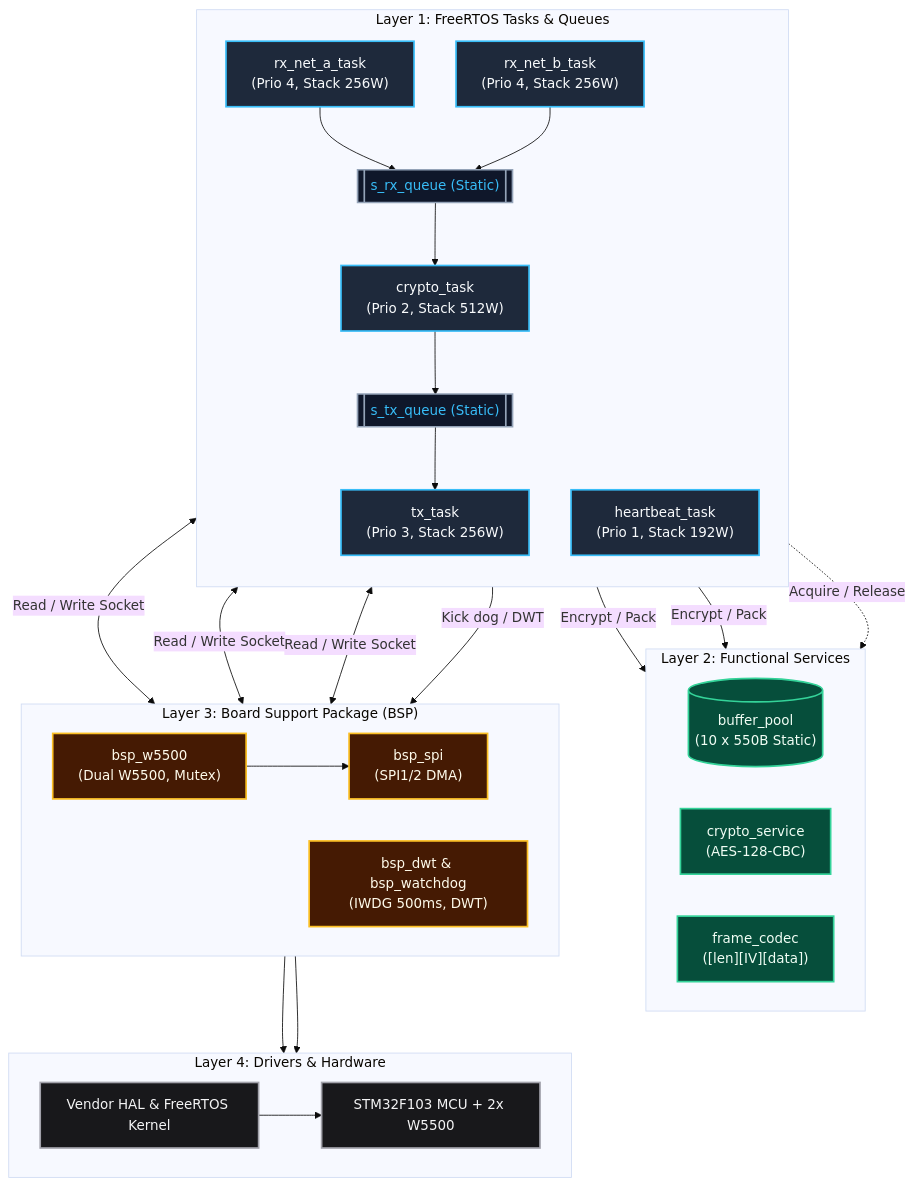
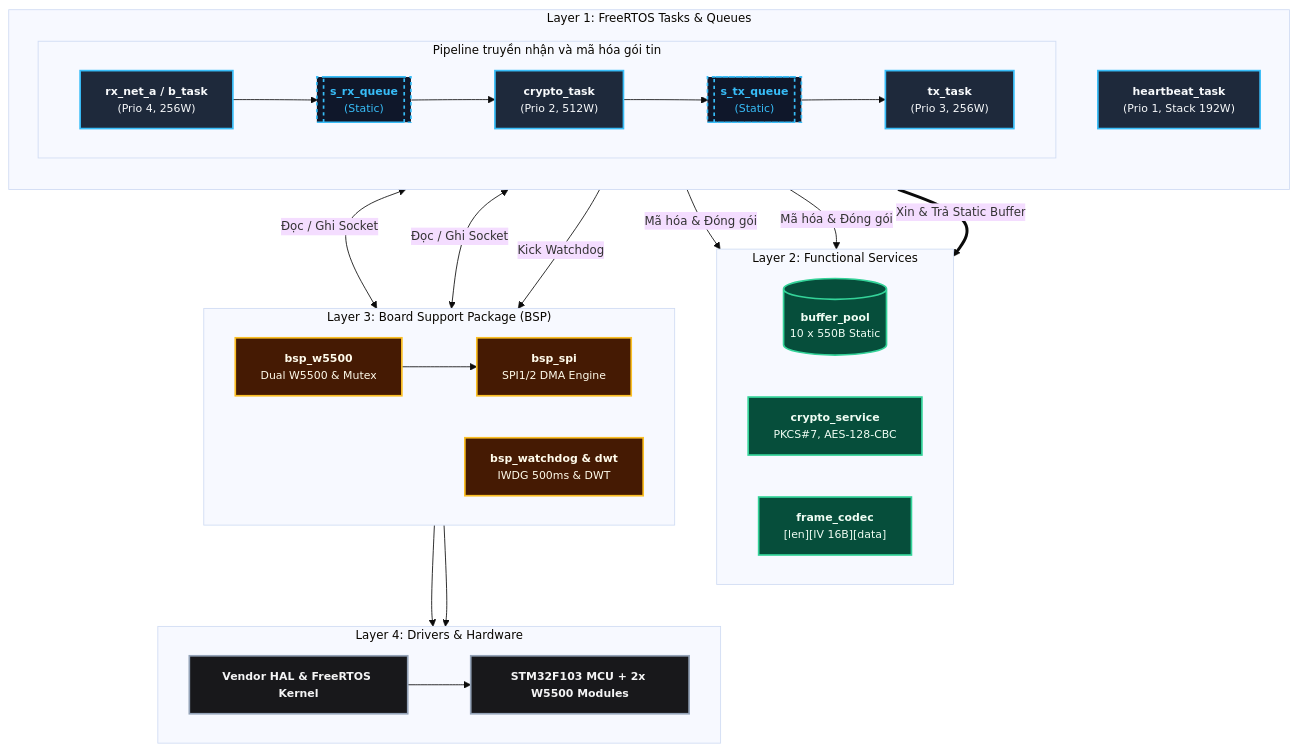
The second of 2 diagrams in README.md (Draconic211/Secure_Gateway_AES128_STM32), drawn with Mermaid before and after one commit. The commit also changed other lines of this file, not shown here.

````diff
--- a/README.md
+++ b/README.md
@@ -69,63 +57,62 @@
 ```mermaid
-%%{init: {'theme': 'base', 'themeVariables': { 'fontSize': '16px', 'fontFamily': 'ui-sans-serif, system-ui, -apple-system, Segoe UI, Roboto, Helvetica, Arial, sans-serif' }}}%%
+%%{init: {'theme': 'base', 'themeVariables': { 'fontSize': '14px', 'fontFamily': 'ui-sans-serif, system-ui, Segoe UI, Roboto, sans-serif' }}}%%
 flowchart TB
-    classDef default font-size:16px;
-    classDef taskClass    fill:#1E293B,stroke:#38BDF8,stroke-width:2px,color:#F8FAFC,font-size:16px;
-    classDef queueClass   fill:#0F172A,stroke:#94A3B8,stroke-width:2px,color:#38BDF8,font-size:16px;
-    classDef serviceClass fill:#064E3B,stroke:#34D399,stroke-width:2px,color:#F0FDF4,font-size:16px;
-    classDef bspClass     fill:#451A03,stroke:#FBBF24,stroke-width:2px,color:#FFFBEB,font-size:16px;
-    classDef hwClass      fill:#18181B,stroke:#A1A1AA,stroke-width:2px,color:#F4F4F5,font-size:16px;
+    classDef default font-size:13px;
+    classDef taskClass    fill:#1E293B,stroke:#38BDF8,stroke-width:2px,color:#F8FAFC;
+    classDef queueClass   fill:#0F172A,stroke:#38BDF8,stroke-width:2px,stroke-dasharray: 4 4,color:#38BDF8;
+    classDef serviceClass fill:#064E3B,stroke:#34D399,stroke-width:2px,color:#F0FDF4;
+    classDef bspClass     fill:#451A03,stroke:#FBBF24,stroke-width:2px,color:#FFFBEB;
+    classDef hwClass      fill:#18181B,stroke:#94A3B8,stroke-width:2px,color:#F4F4F5;
 
-    subgraph L1[" Layer 1: FreeRTOS Tasks & Queues "]
+    subgraph L1[" Layer 1: FreeRTOS Tasks & Queues   "]
         direction TB
-        RXA["rx_net_a_task<br/>(Prio 4, Stack 256W)"]
-        RXB["rx_net_b_task<br/>(Prio 4, Stack 256W)"]
-        QRX[["s_rx_queue (Static)"]]
-        CRYPTO["crypto_task<br/>(Prio 2, Stack 512W)"]
-        QTX[["s_tx_queue (Static)"]]
-        TX["tx_task<br/>(Prio 3, Stack 256W)"]
-        HB["heartbeat_task<br/>(Prio 1, Stack 192W)"]
+        subgraph Pipeline[" Pipeline truyền nhận và mã hóa gói tin "]
+            direction LR
+            RX["<b>rx_net_a / b_task</b><br/>(Prio 4, 256W)"]
+            QRX[["<b>s_rx_queue</b><br/>(Static)"]]
+            CRYPTO["<b>crypto_task</b><br/>(Prio 2, 512W)"]
+            QTX[["<b>s_tx_queue</b><br/>(Static)"]]
+            TX["<b>tx_task</b><br/>(Prio 3, 256W)"]
 
-        RXA & RXB --> QRX
-        QRX --> CRYPTO
-        CRYPTO --> QTX
-        QTX --> TX
+            RX --> QRX --> CRYPTO --> QTX --> TX
+        end
+        HB["<b>heartbeat_task</b><br/>(Prio 1, Stack 192W)"]
     end
 
-    subgraph L2[" Layer 2: Functional Services "]
+    subgraph L2[" Layer 2: Functional Services   "]
         direction LR
-        POOL[("buffer_pool<br/>(10 x 550B Static)")]
-        CS["crypto_service<br/>(AES-128-CBC)"]
-        CODEC["frame_codec<br/>([len][IV][data])"]
+        POOL[("<b>buffer_pool</b><br/>10 x 550B Static")]
+        CS["<b>crypto_service</b><br/>PKCS#7, AES-128-CBC"]
+        CODEC["<b>frame_codec</b><br/>[len][IV 16B][data]"]
     end
 
-    subgraph L3[" Layer 3: Board Support Package (BSP) "]
+    subgraph L3[" Layer 3: Board Support Package (BSP)   "]
         direction LR
-        WIZ["bsp_w5500<br/>(Dual W5500, Mutex)"]
-        SPI["bsp_spi<br/>(SPI1/2 DMA)"]
-        DIAG["bsp_dwt & bsp_watchdog<br/>(IWDG 500ms, DWT)"]
+        WIZ["<b>bsp_w5500</b><br/>Dual W5500 & Mutex"]
+        SPI["<b>bsp_spi</b><br/>SPI1/2 DMA Engine"]
+        DIAG["<b>bsp_watchdog & dwt</b><br/>IWDG 500ms & DWT"]
 
         WIZ --> SPI
     end
 
-    subgraph L4[" Layer 4: Drivers & Hardware "]
+    subgraph L4[" Layer 4: Drivers & Hardware   "]
         direction LR
-        HAL["Vendor HAL & FreeRTOS Kernel"]
-        HW["STM32F103 MCU + 2x W5500"]
+        HAL["<b>Vendor HAL & FreeRTOS Kernel</b>"]
+        HW["<b>STM32F103 MCU + 2x W5500 Modules</b>"]
+
         HAL --> HW
     end
 
-    %% Giao tiếp giữa các tầng (gọn gàng, không bị chồng chéo)
-    L1 -.->|"Acquire / Release"| POOL
-    CRYPTO -->|"Encrypt / Pack"| CS & CODEC
-    RXA & RXB & TX <-->|"Read / Write Socket"| WIZ
-    HB -->|"Kick dog / DWT"| DIAG
-
+    %% Liên kết giữa các tầng gọn gàng, không bị chồng chéo nhãn
+    Pipeline ==>|"Xin & Trả Static Buffer"| POOL
+    CRYPTO -->|"Mã hóa & Đóng gói"| CS & CODEC
+    RX & TX <-->|"Đọc / Ghi Socket"| WIZ
+    HB -->|"Kick Watchdog"| DIAG
     SPI & DIAG --> HAL
 
-    class RXA,RXB,CRYPTO,TX,HB taskClass;
+    class RX,CRYPTO,TX,HB taskClass;
     class QRX,QTX queueClass;
     class POOL,CS,CODEC serviceClass;
     class WIZ,SPI,DIAG bspClass;
     class HAL,HW hwClass;
 ```
````
